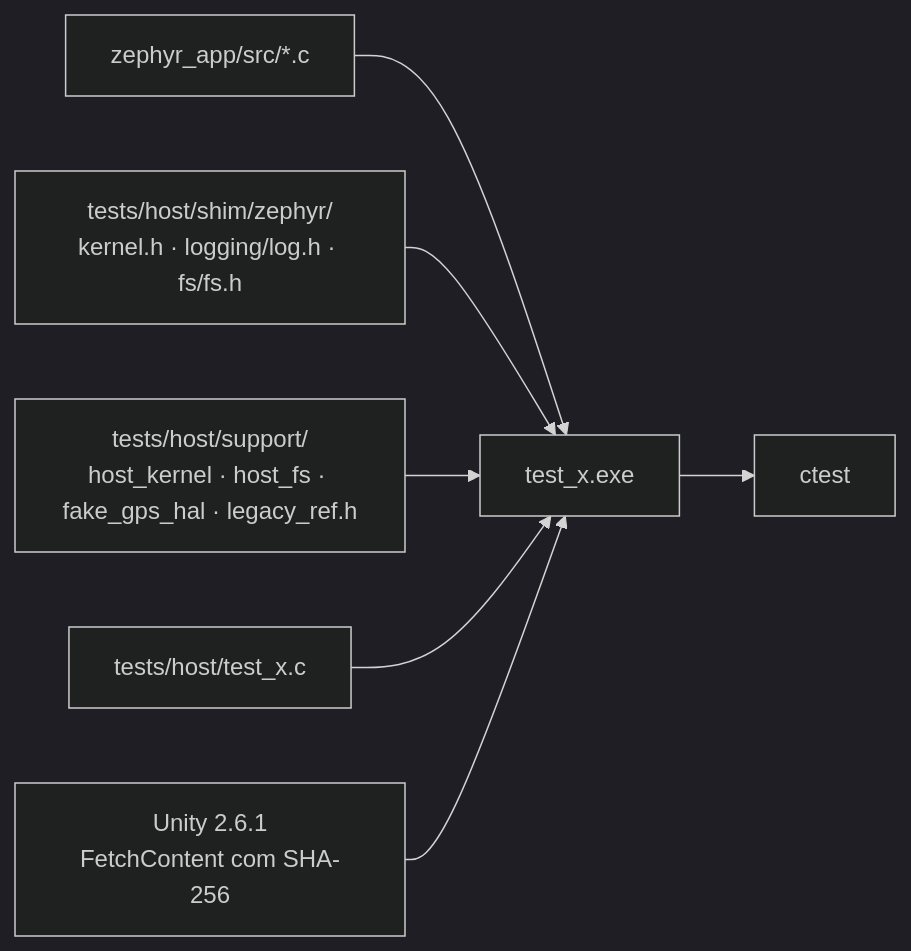
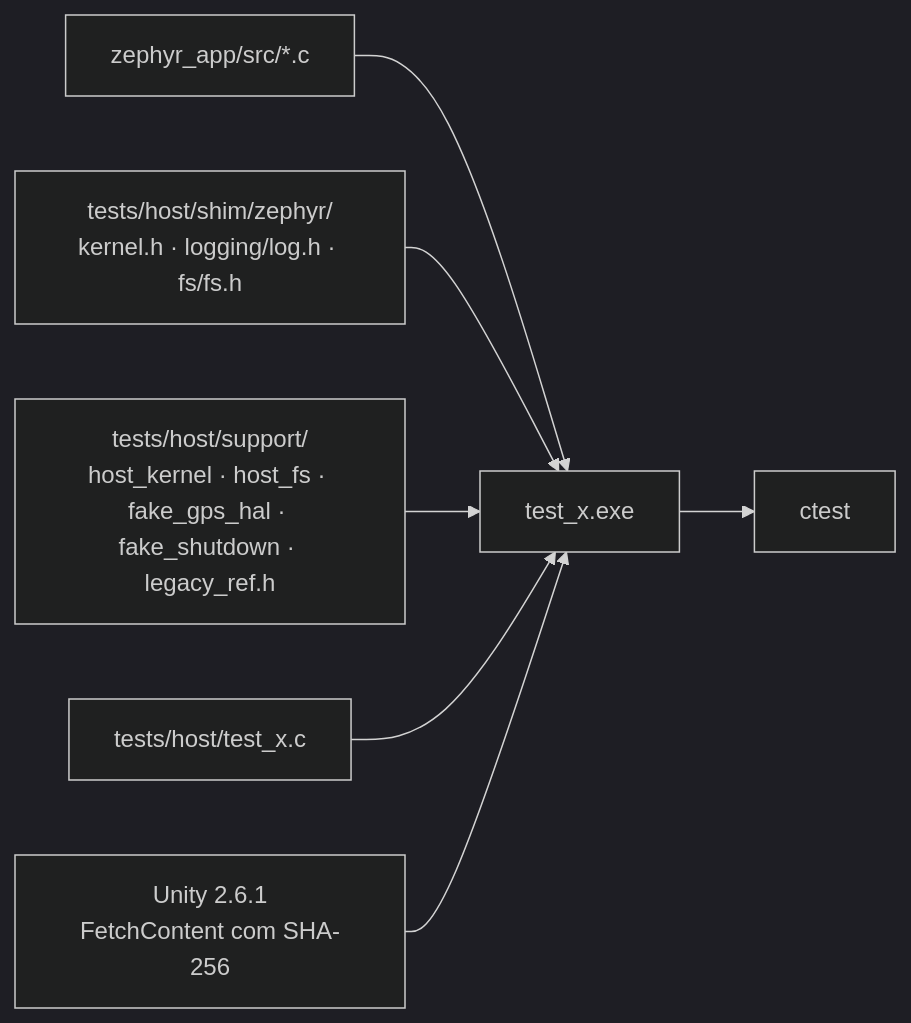
Before and after one commit to Guiimartinho/gnss-bike-computer: the diagram in docs/12-ferramentas-testes.md, drawn with Mermaid (dark theme). The commit also changed other lines of this file and 24 other files, not shown here.

````diff
--- a/docs/12-ferramentas-testes.md
+++ b/docs/12-ferramentas-testes.md
@@ -36,9 +37,9 @@
 ```mermaid
 flowchart LR
     SRC["zephyr_app/src/*.c"] --> EXE["test_x.exe"]
     SHIM["tests/host/shim/zephyr/<br/>kernel.h · logging/log.h · fs/fs.h"] --> EXE
-    SUP["tests/host/support/<br/>host_kernel · host_fs · fake_gps_hal · legacy_ref.h"] --> EXE
+    SUP["tests/host/support/<br/>host_kernel · host_fs · fake_gps_hal · fake_shutdown · legacy_ref.h"] --> EXE
     T["tests/host/test_x.c"] --> EXE
     UNITY["Unity 2.6.1<br/>FetchContent com SHA-256"] --> EXE
     EXE --> CT["ctest"]
 ```
````
